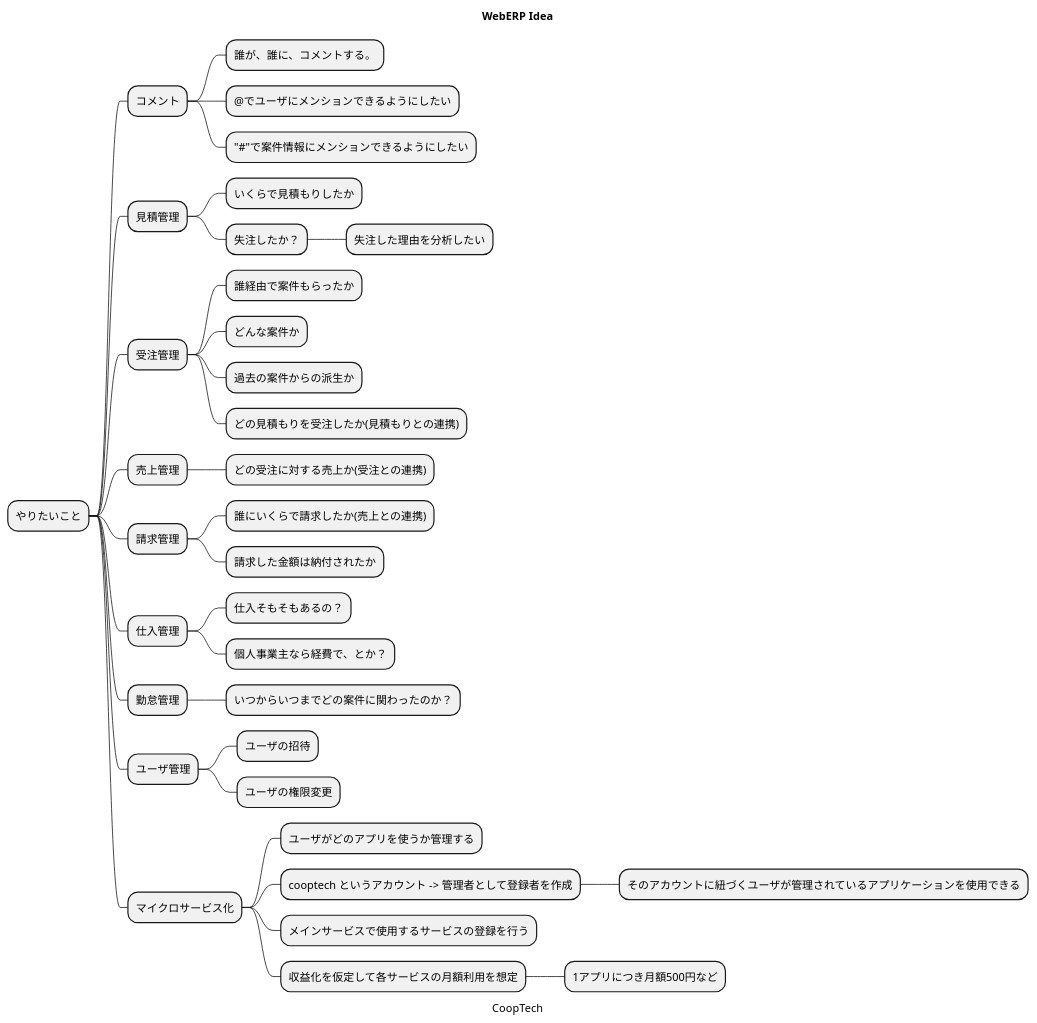
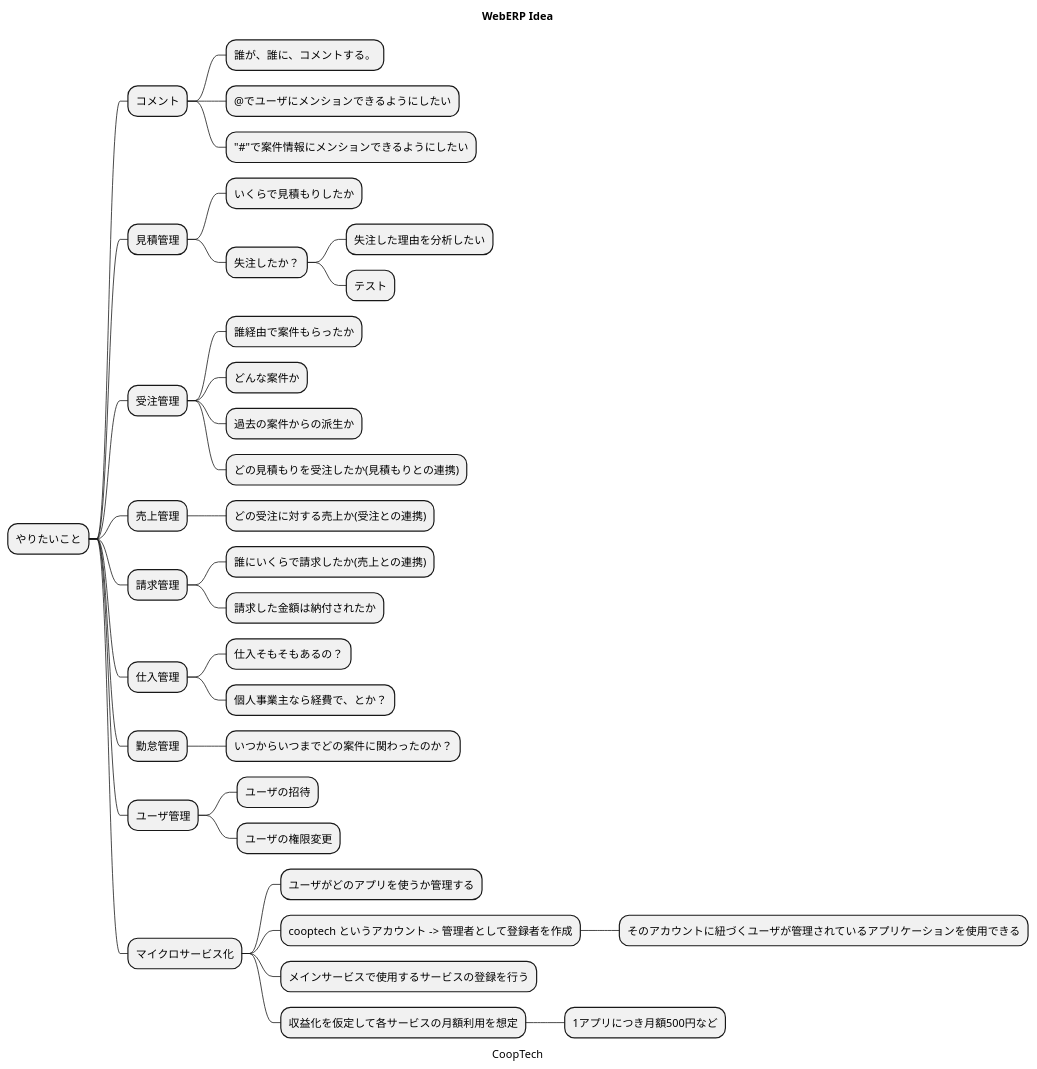
Before and after one commit to CoopTechOrg/WebERP: the diagram in docs/MindMap.puml, drawn with PlantUML. The commit also changed other lines of this file, not shown here.

```diff
--- a/docs/MindMap.puml
+++ b/docs/MindMap.puml
@@ -1,50 +1,51 @@
 @startmindmap
 'https://plantuml.com/mindmap-diagram
 
 caption CoopTech
 title WebERP Idea
 
 * やりたいこと
 ** コメント
 *** 誰が、誰に、コメントする。
 *** @でユーザにメンションできるようにしたい
 *** "#"で案件情報にメンションできるようにしたい
 
 ** 見積管理
 *** いくらで見積もりしたか
 *** 失注したか？
 **** 失注した理由を分析したい
+**** テスト
 
 ** 受注管理
 *** 誰経由で案件もらったか
 *** どんな案件か
 *** 過去の案件からの派生か
 *** どの見積もりを受注したか(見積もりとの連携)
 
 ** 売上管理
 *** どの受注に対する売上か(受注との連携)
 
 ** 請求管理
 *** 誰にいくらで請求したか(売上との連携)
 *** 請求した金額は納付されたか
 
 ** 仕入管理
 *** 仕入そもそもあるの？
 *** 個人事業主なら経費で、とか？
 
 ** 勤怠管理
 *** いつからいつまでどの案件に関わったのか？
 
 ** ユーザ管理
 *** ユーザの招待
 *** ユーザの権限変更
 
 ** マイクロサービス化
 *** ユーザがどのアプリを使うか管理する
 *** cooptech というアカウント -> 管理者として登録者を作成
 **** そのアカウントに紐づくユーザが管理されているアプリケーションを使用できる
 *** メインサービスで使用するサービスの登録を行う
 *** 収益化を仮定して各サービスの月額利用を想定
 **** 1アプリにつき月額500円など
 
 @endmindmap
```
